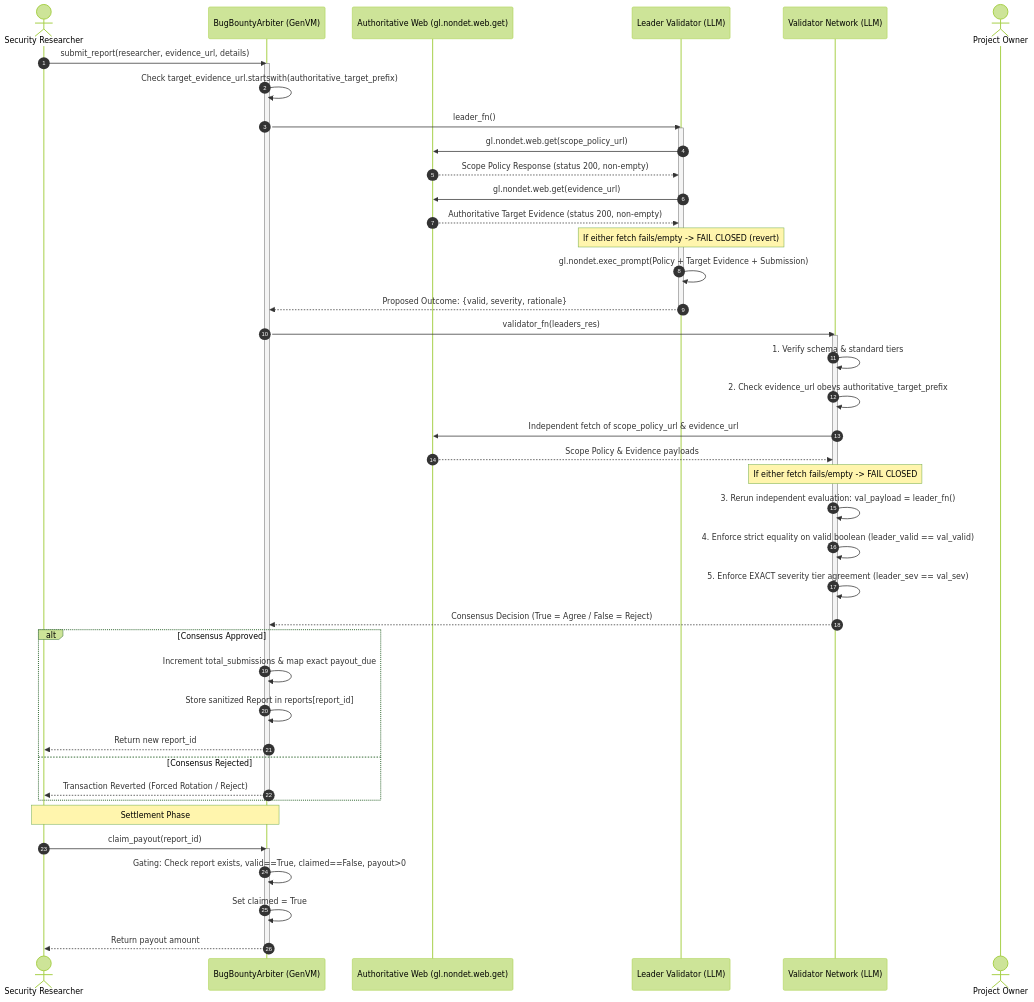
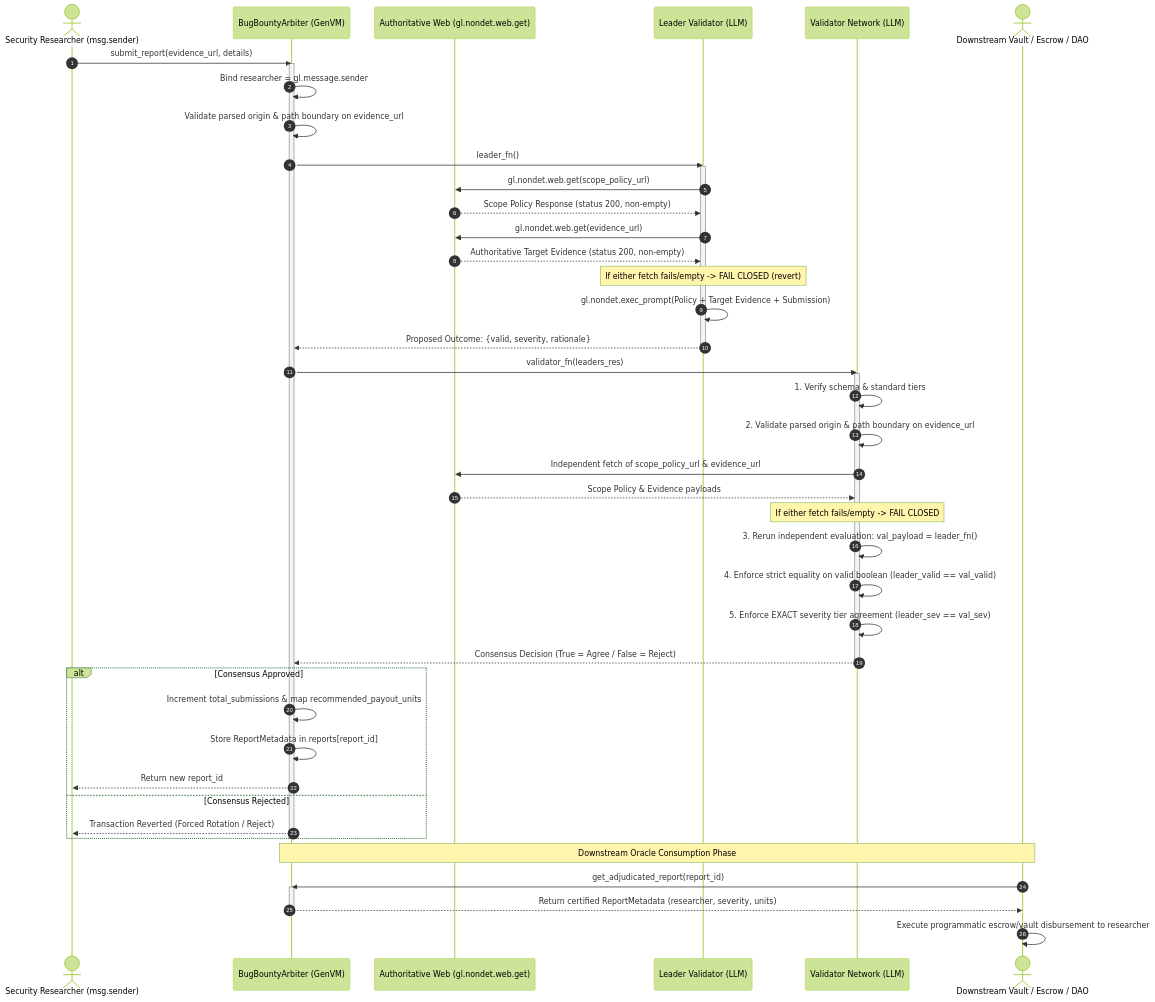
Before and after one commit to JimmyOgb/bug-bounty-arbiter: the diagram in README.md, drawn with Mermaid (forest theme). The commit also changed other lines of this file and 2 other files, not shown here.

Commit message:
fix: authenticate submitter via msg.sender, implement parsed URL boundary validation, and model payout as adjudication metadata

````diff
--- a/README.md
+++ b/README.md
@@ -113,54 +124,54 @@
 ```mermaid
 sequenceDiagram
     autonumber
-    actor Researcher as Security Researcher
+    actor Researcher as Security Researcher (msg.sender)
     participant Contract as BugBountyArbiter (GenVM)
     participant Web as Authoritative Web (gl.nondet.web.get)
     participant Leader as Leader Validator (LLM)
     participant Validators as Validator Network (LLM)
-    actor Owner as Project Owner
+    actor Downstream as Downstream Vault / Escrow / DAO
 
-    Researcher->>Contract: submit_report(researcher, evidence_url, details)
+    Researcher->>Contract: submit_report(evidence_url, details)
     activate Contract
-    Contract->>Contract: Check target_evidence_url.startswith(authoritative_target_prefix)
+    Contract->>Contract: Bind researcher = gl.message.sender
+    Contract->>Contract: Validate parsed origin & path boundary on evidence_url
     Contract->>Leader: leader_fn()
     activate Leader
     Leader->>Web: gl.nondet.web.get(scope_policy_url)
     Web-->>Leader: Scope Policy Response (status 200, non-empty)
     Leader->>Web: gl.nondet.web.get(evidence_url)
     Web-->>Leader: Authoritative Target Evidence (status 200, non-empty)
     Note over Leader: If either fetch fails/empty -> FAIL CLOSED (revert)
     Leader->>Leader: gl.nondet.exec_prompt(Policy + Target Evidence + Submission)
     Leader-->>Contract: Proposed Outcome: {valid, severity, rationale}
     deactivate Leader
 
     Contract->>Validators: validator_fn(leaders_res)
     activate Validators
     Validators->>Validators: 1. Verify schema & standard tiers
-    Validators->>Validators: 2. Check evidence_url obeys authoritative_target_prefix
+    Validators->>Validators: 2. Validate parsed origin & path boundary on evidence_url
     Validators->>Web: Independent fetch of scope_policy_url & evidence_url
     Web-->>Validators: Scope Policy & Evidence payloads
     Note over Validators: If either fetch fails/empty -> FAIL CLOSED
     Validators->>Validators: 3. Rerun independent evaluation: val_payload = leader_fn()
     Validators->>Validators: 4. Enforce strict equality on valid boolean (leader_valid == val_valid)
     Validators->>Validators: 5. Enforce EXACT severity tier agreement (leader_sev == val_sev)
     Validators-->>Contract: Consensus Decision (True = Agree / False = Reject)
     deactivate Validators
 
     alt Consensus Approved
-        Contract->>Contract: Increment total_submissions & map exact payout_due
-        Contract->>Contract: Store sanitized Report in reports[report_id]
+        Contract->>Contract: Increment total_submissions & map recommended_payout_units
+        Contract->>Contract: Store ReportMetadata in reports[report_id]
         Contract-->>Researcher: Return new report_id
     else Consensus Rejected
         Contract-->>Researcher: Transaction Reverted (Forced Rotation / Reject)
     end
     deactivate Contract
 
-    Note over Researcher,Contract: Settlement Phase
-    Researcher->>Contract: claim_payout(report_id)
+    Note over Downstream,Contract: Downstream Oracle Consumption Phase
+    Downstream->>Contract: get_adjudicated_report(report_id)
     activate Contract
-    Contract->>Contract: Gating: Check report exists, valid==True, claimed==False, payout>0
-    Contract->>Contract: Set claimed = True
-    Contract-->>Researcher: Return payout amount
+    Contract-->>Downstream: Return certified ReportMetadata (researcher, severity, units)
     deactivate Contract
+    Downstream->>Downstream: Execute programmatic escrow/vault disbursement to researcher
 ```
````
